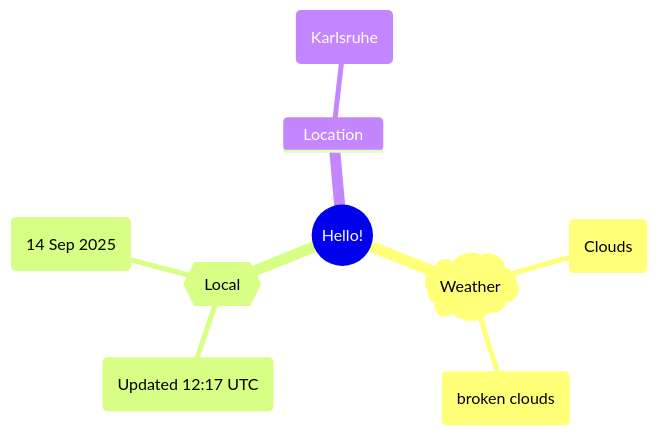
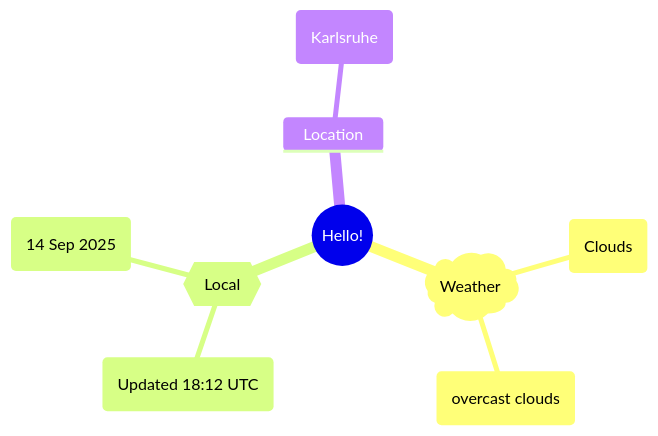
One commit to Xosrov/Xosrov changed the first of 2 diagrams in README.md. Above: the diagram before and after it, drawn with Mermaid.

Commit message:
[bot] updated images

````diff
--- a/README.md
+++ b/README.md
@@ -3,12 +3,12 @@
 ```mermaid
 mindmap
   root((Hello!))
     )Weather(
         (Clouds)
-        (broken clouds)
+        (overcast clouds)
     {{Local}}
-        (Updated 12:17 UTC)
+        (Updated 18:12 UTC)
         (14 Sep 2025)
     Location
         (Karlsruhe)
 ```
````
